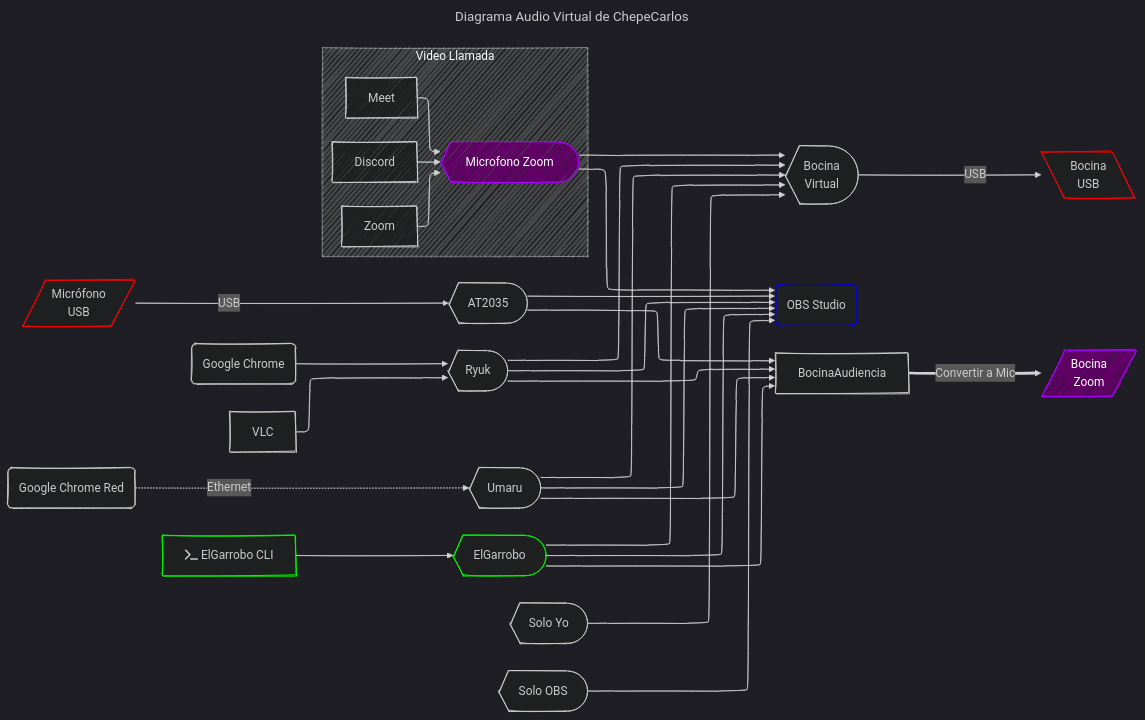
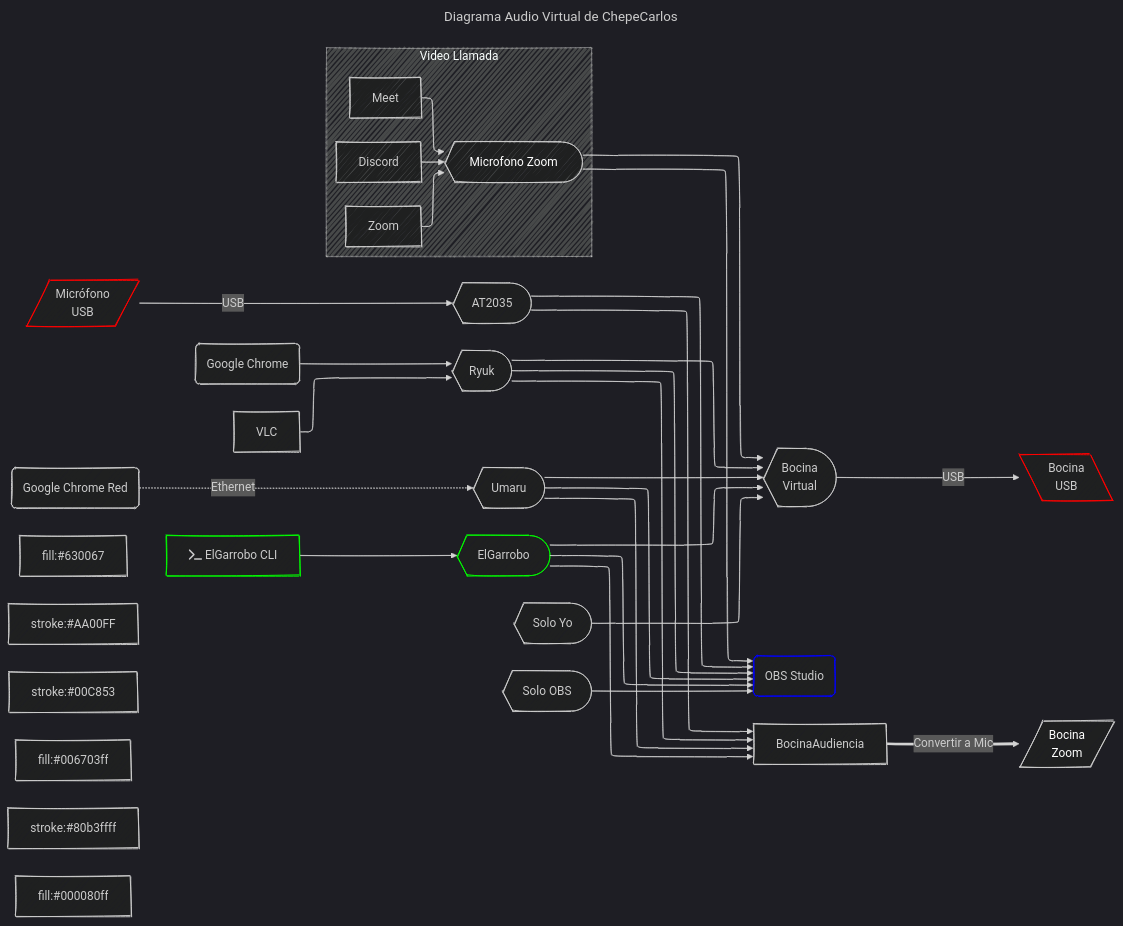
Before and after one commit to chepecarlos/dotfile: the diagram in .config/pipewire/DiagramaAudioVirtual.mmd, drawn with Mermaid. The commit also changed 6 other files, not shown here.

```diff
--- a/.config/pipewire/DiagramaAudioVirtual.mmd
+++ b/.config/pipewire/DiagramaAudioVirtual.mmd
@@ -1,80 +1,99 @@
 ---
 title: Diagrama Audio Virtual de ChepeCarlos
 config:
     layout: elk
     look: handDrawn
     theme: dark
 ---
 flowchart LR
     %% USB
-        MicrofonoUSB@{shape: lean-r, label: "Micrófono\nUSB"}
+        MicrofonoUSB@{shape: lean-r
+label: "Micrófono\nUSB"}
         MicrofonoUSB:::rojo
-        BocinaUSB@{shape: lean-l, label: "Bocina\nUSB"}
+        BocinaUSB@{shape: lean-l
+label: "Bocina\nUSB"}
         BocinaUSB:::rojo
     %% Zoom
-        BocinaZoom@{shape: lean-r, label: "Bocina\nZoom"}
+        BocinaZoom@{shape: lean-r
+label: "Bocina\nZoom"}
 
 
     %% Bocinas Virtual
-        AT2035@{shape: curv-trap, label: "AT2035"}
-        MicrófonoZoom@{shape: curv-trap, label: "Microfono Zoom"}
-        Bocina@{shape: curv-trap, label: "Bocina\nVirtual"}
-        Ryuk@{shape: curv-trap, label: "Ryuk"}
-        Umaru@{shape: curv-trap, label: "Umaru"}
-        ElGarrobo@{shape: curv-trap, label: "ElGarrobo"}
+        AT2035@{shape: curv-trap
+label: "AT2035"}
+        MicrófonoZoom@{shape: curv-trap
+label: "Microfono Zoom"}
+        Bocina@{shape: curv-trap
+label: "Bocina\nVirtual"}
+        Ryuk@{shape: curv-trap
+label: "Ryuk"}
+        Umaru@{shape: curv-trap
+label: "Umaru"}
+        ElGarrobo@{shape: curv-trap
+label: "ElGarrobo"}
         ElGarrobo:::verde
-        SoloYo@{shape: curv-trap, label: "Solo Yo"}
-        SoloOBS@{shape: curv-trap, label: "Solo OBS"}
+        SoloYo@{shape: curv-trap
+label: "Solo Yo"}
+        SoloOBS@{shape: curv-trap
+label: "Solo OBS"}
 
     %% APP
         Discord
         Zoom
         Meet
         OBS("OBS Studio"):::azul
         Chrome("Google Chrome")
         VLC
         ChromeRed("Google Chrome Red")
         ElGarroboCLI[fa:fa-terminal ElGarrobo CLI]:::verde
         %% <i class="fa-brands fa-python"></i>
 
     %% Conecciones
         SoloYo --> Bocina
         MicrófonoZoom --> Bocina & OBS
         SoloOBS --> OBS
         BocinaAudiencia == Convertir a Mic ==> BocinaZoom
         %% APP ()
         subgraph VideoLlamada [Video Llamada]
             Zoom --> MicrófonoZoom
             Discord --> MicrófonoZoom
             Meet --> MicrófonoZoom
         end
         Chrome --> Ryuk
         VLC --> Ryuk
         ChromeRed -. Ethernet .-> Umaru
         ElGarroboCLI --> ElGarrobo
 
         %% Todos
         AT2035 --> OBS & BocinaAudiencia
         Ryuk --> Bocina & OBS & BocinaAudiencia
         Umaru --> Bocina & OBS & BocinaAudiencia
         ElGarrobo --> Bocina & OBS & BocinaAudiencia
 
         %% USB
         Bocina --USB --> BocinaUSB
         MicrofonoUSB -- USB --> AT2035
 
 
         %% click C href "https://www.github.com" _blank
 
 
         classDef verde stroke:#0f0
         classDef azul stroke:#00f
         classDef rojo stroke:#f00
 
 
     %% Estilo
-        style MicrófonoZoom color:#FFFFFF, fill:#630067, stroke:#AA00FF
-        style BocinaZoom color:#FFFFFF, fill:#630067, stroke:#AA00FF
-        %% style ElGarrobo color:#FFFFFF, stroke:#00C853, fill:#006703ff
+        style MicrófonoZoom color:#FFFFFF
+fill:#630067
+stroke:#AA00FF
+        style BocinaZoom color:#FFFFFF
+fill:#630067
+stroke:#AA00FF
+        %% style ElGarrobo color:#FFFFFF
+stroke:#00C853
+fill:#006703ff
         %% style ElGarroboCLI stroke: #00C853
-        %% style OBS color:#FFFFFF, stroke:#80b3ffff, fill:#000080ff
+        %% style OBS color:#FFFFFF
+stroke:#80b3ffff
+fill:#000080ff
```
